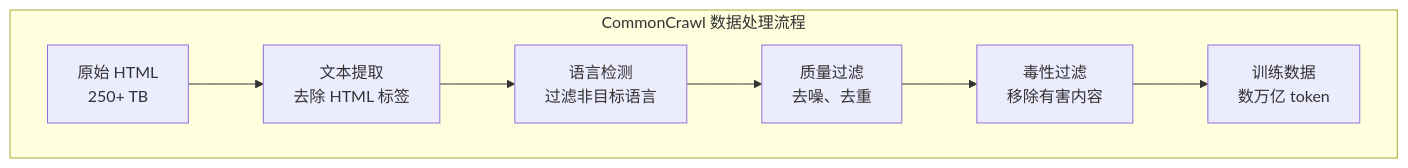
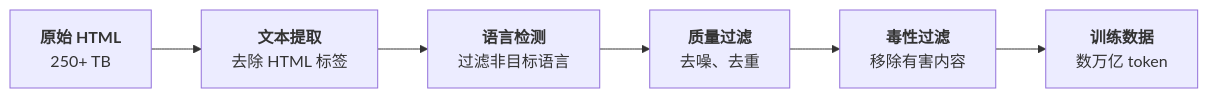
Before and after one commit to fenixsoft/dmla: the diagram in docs/language-models/pretraining/pretraining-data.md, drawn with Mermaid. The commit also changed other lines of this file and 10 other files, not shown here.

````diff
--- a/docs/language-models/pretraining/pretraining-data.md
+++ b/docs/language-models/pretraining/pretraining-data.md
@@ -31,10 +15,8 @@
-```mermaid
-graph TB
-    subgraph CommonCrawl 数据处理流程
-        A["原始 HTML<br/>250+ TB"] --> B["文本提取<br/>去除 HTML 标签"]
-        B --> C["语言检测<br/>过滤非目标语言"]
-        C --> D["质量过滤<br/>去噪、去重"]
-        D --> E["毒性过滤<br/>移除有害内容"]
-        E --> F["训练数据<br/>数万亿 token"]
-    end
-```
+    ```mermaid compact
+    graph LR
+            A["<b>原始 HTML</b><br/>250+ TB"] --> B["<b>文本提取</b><br/>去除 HTML 标签"]
+            B --> C["<b>语言检测</b><br/>过滤非目标语言"]
+            C --> D["<b>质量过滤</b><br/>去噪、去重"]
+            D --> E["<b>毒性过滤</b><br/>移除有害内容"]
+            E --> F["<b>训练数据</b><br/>数万亿 token"]
+    ```
````
